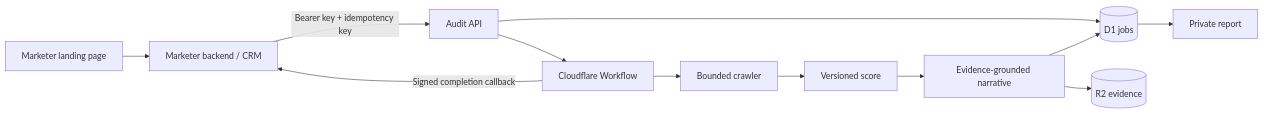
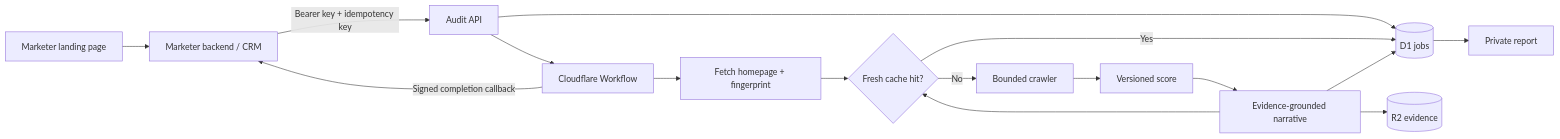
Before and after one commit to Jameswantk/DataDoodleAds: the diagram in ARCHITECTURE.md, drawn with Mermaid. The commit also changed other lines of this file and 24 other files, not shown here.

````diff
--- a/ARCHITECTURE.md
+++ b/ARCHITECTURE.md
@@ -8,14 +8,18 @@
 ```mermaid
 flowchart LR
   LP["Marketer landing page"] --> CRM["Marketer backend / CRM"]
   CRM -->|"Bearer key + idempotency key"| API["Audit API"]
   API --> D1[("D1 jobs")]
   API --> WF["Cloudflare Workflow"]
-  WF --> CRAWL["Bounded crawler"]
+  WF --> HOME["Fetch homepage + fingerprint"]
+  HOME --> CACHE{"Fresh cache hit?"}
+  CACHE -->|"No"| CRAWL["Bounded crawler"]
+  CACHE -->|"Yes"| D1
   CRAWL --> RULES["Versioned score"]
   RULES --> AI["Evidence-grounded narrative"]
+  AI --> CACHE
   AI --> R2[("R2 evidence")]
   AI --> D1
   D1 --> REPORT["Private report"]
   WF -->|"Signed completion callback"| CRM
 ```
````
